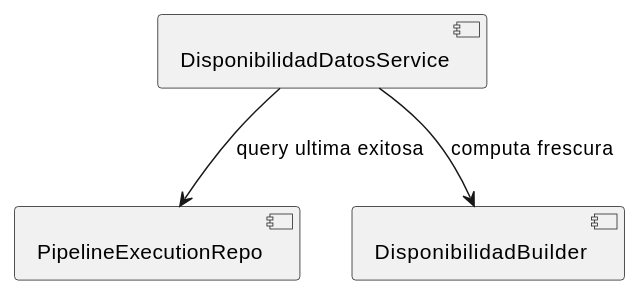
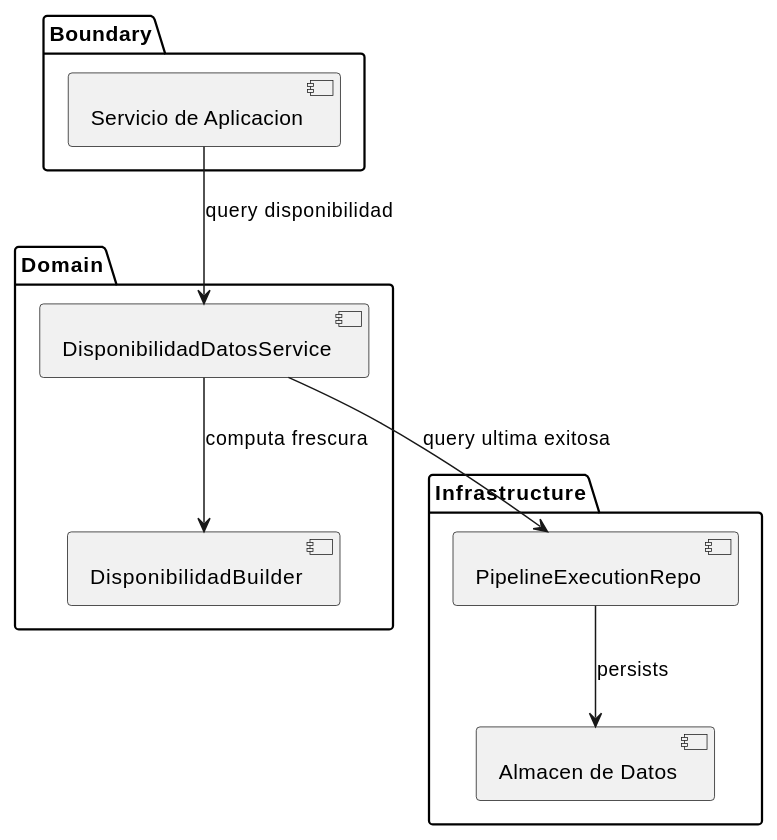
Before and after one commit to jcg-admin/IACT-docs: the diagram in source/requisitos/casos-uso/pipeline/uc-pip-03/diagramas-uml/diagrama-de-componentes.rst, drawn with PlantUML. The commit also changed other lines of this file, not shown here.

Commit message:
Complement diagrama-de-componentes for uc-pip-03
T-CO-31: refactors components into Boundary/Domain/Infrastructure
packages to satisfy panorama axis. Adds pipeline-execution ref.

Refs: T-CO-31, panorama

```diff
--- a/source/requisitos/casos-uso/pipeline/uc-pip-03/diagramas-uml/diagrama-de-componentes.rst
+++ b/source/requisitos/casos-uso/pipeline/uc-pip-03/diagramas-uml/diagrama-de-componentes.rst
@@ -6,13 +6,26 @@
 .. uml::
- :caption: UC_PIP_03 — componentes involucrados.
+ :caption: UC_PIP_03 — componentes involucrados, agrupados
+           por capa (Boundary / Domain / Infrastructure).
 
  @startuml
 
- component "DisponibilidadDatosService" as DisponibilidadDatosService
- component "PipelineExecutionRepo" as PipelineExecutionRepo
- component "DisponibilidadBuilder" as DisponibilidadBuilder
+ package "Boundary" {
+   component "Servicio de Aplicacion" as SA
+ }
 
+ package "Domain" {
+   component "DisponibilidadDatosService" as DisponibilidadDatosService
+   component "DisponibilidadBuilder" as DisponibilidadBuilder
+ }
+
+ package "Infrastructure" {
+   component "PipelineExecutionRepo" as PipelineExecutionRepo
+   component "Almacen de Datos" as AlmacenDatos
+ }
+
+ SA --> DisponibilidadDatosService : query disponibilidad
  DisponibilidadDatosService --> PipelineExecutionRepo : query ultima exitosa
  DisponibilidadDatosService --> DisponibilidadBuilder : computa frescura
+ PipelineExecutionRepo --> AlmacenDatos : persists
 
  @enduml
```
